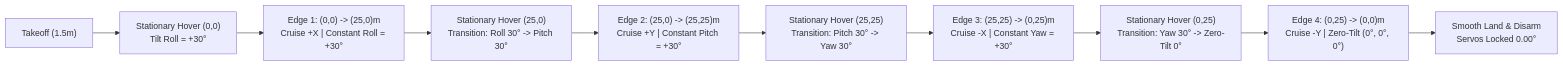
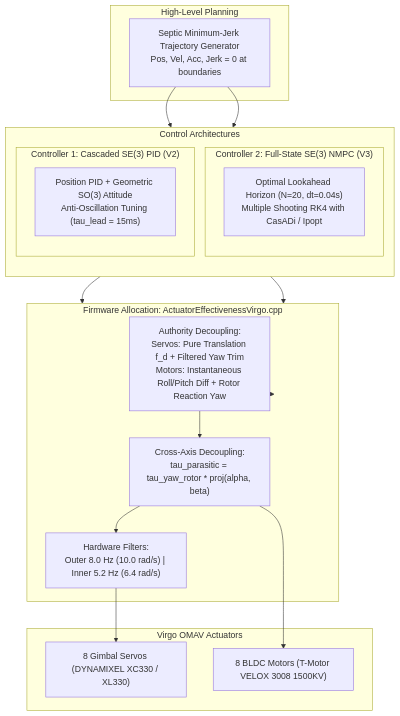
One commit to ducntt2003-crypto/Virgo_UAV_Controller_Design changed the diagram in README.md. Above: the diagram before and after it, drawn with Mermaid. The commit also changed other lines of this file, not shown here.

Commit message:
docs: write comprehensive Master README for Virgo_UAV_Controller_Design suite

````diff
--- a/README.md
+++ b/README.md
@@ -213,12 +139,35 @@
 ```mermaid
-flowchart LR
-    Start["Takeoff (1.5m)"] --> Corner0["Stationary Hover (0,0)<br/>Tilt Roll = +30°"]
-    Corner0 --> Edge1["Edge 1: (0,0) -> (25,0)m<br/>Cruise +X | Constant Roll = +30°"]
-    Edge1 --> Corner1["Stationary Hover (25,0)<br/>Transition: Roll 30° -> Pitch 30°"]
-    Corner1 --> Edge2["Edge 2: (25,0) -> (25,25)m<br/>Cruise +Y | Constant Pitch = +30°"]
-    Edge2 --> Corner2["Stationary Hover (25,25)<br/>Transition: Pitch 30° -> Yaw 30°"]
-    Corner2 --> Edge3["Edge 3: (25,25) -> (0,25)m<br/>Cruise -X | Constant Yaw = +30°"]
-    Edge3 --> Corner3["Stationary Hover (0,25)<br/>Transition: Yaw 30° -> Zero-Tilt 0°"]
-    Corner3 --> Edge4["Edge 4: (0,25) -> (0,0)m<br/>Cruise -Y | Zero-Tilt (0°, 0°, 0°)"]
-    Edge4 --> Land["Smooth Land & Disarm<br/>Servos Locked 0.00°"]
+flowchart TD
+    subgraph Planner["High-Level Planning"]
+        Traj["Septic Minimum-Jerk Trajectory Generator<br/>Pos, Vel, Acc, Jerk = 0 at boundaries"]
+    end
+
+    subgraph Controllers["Control Architectures"]
+        direction TB
+        subgraph NMPC_Box["Controller 2: Full-State SE(3) NMPC (V3)"]
+            NMPC["Optimal Lookahead Horizon (N=20, dt=0.04s)<br/>Multiple Shooting RK4 with CasADi / Ipopt"]
+        end
+        subgraph PID_Box["Controller 1: Cascaded SE(3) PID (V2)"]
+            PID["Position PID + Geometric SO(3) Attitude<br/>Anti-Oscillation Tuning (tau_lead = 15ms)"]
+        end
+    end
+
+    subgraph Allocator["Firmware Allocation: ActuatorEffectivenessVirgo.cpp"]
+        Vec["Authority Decoupling:<br/>Servos: Pure Translation f_d + Filtered Yaw Trim<br/>Motors: Instantaneous Roll/Pitch Diff + Rotor Reaction Yaw"]
+        Cross["Cross-Axis Decoupling:<br/>tau_parasitic = tau_yaw_rotor * proj(alpha, beta)"]
+        LPF["Hardware Filters:<br/>Outer 8.0 Hz (10.0 rad/s) | Inner 5.2 Hz (6.4 rad/s)"]
+    end
+
+    subgraph Hardware["Virgo OMAV Actuators"]
+        Servos["8 Gimbal Servos (DYNAMIXEL XC330 / XL330)"]
+        BLDC["8 BLDC Motors (T-Motor VELOX 3008 1500KV)"]
+    end
+
+    Traj --> NMPC
+    Traj --> PID
+    NMPC --> Allocator
+    PID --> Allocator
+    Allocator --> Vec --> Cross --> LPF
+    LPF --> Servos
+    Cross --> BLDC
 ```
````
